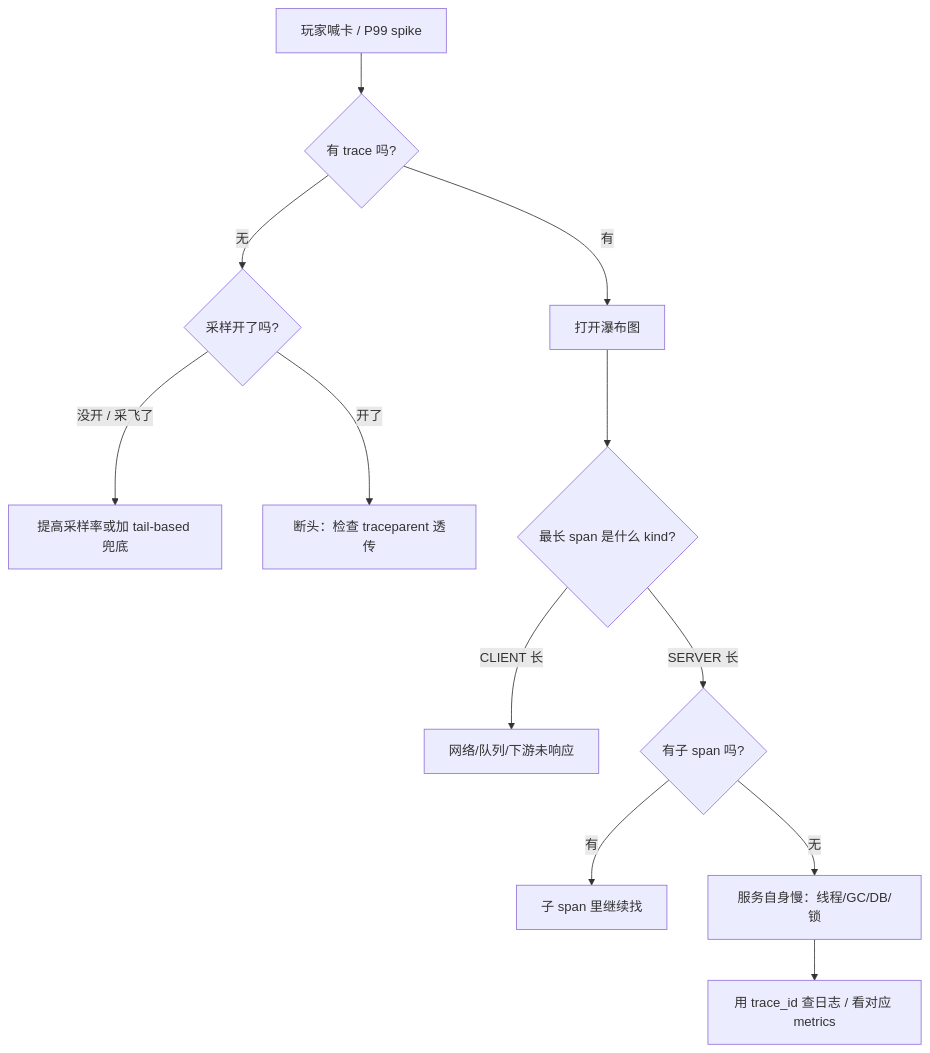
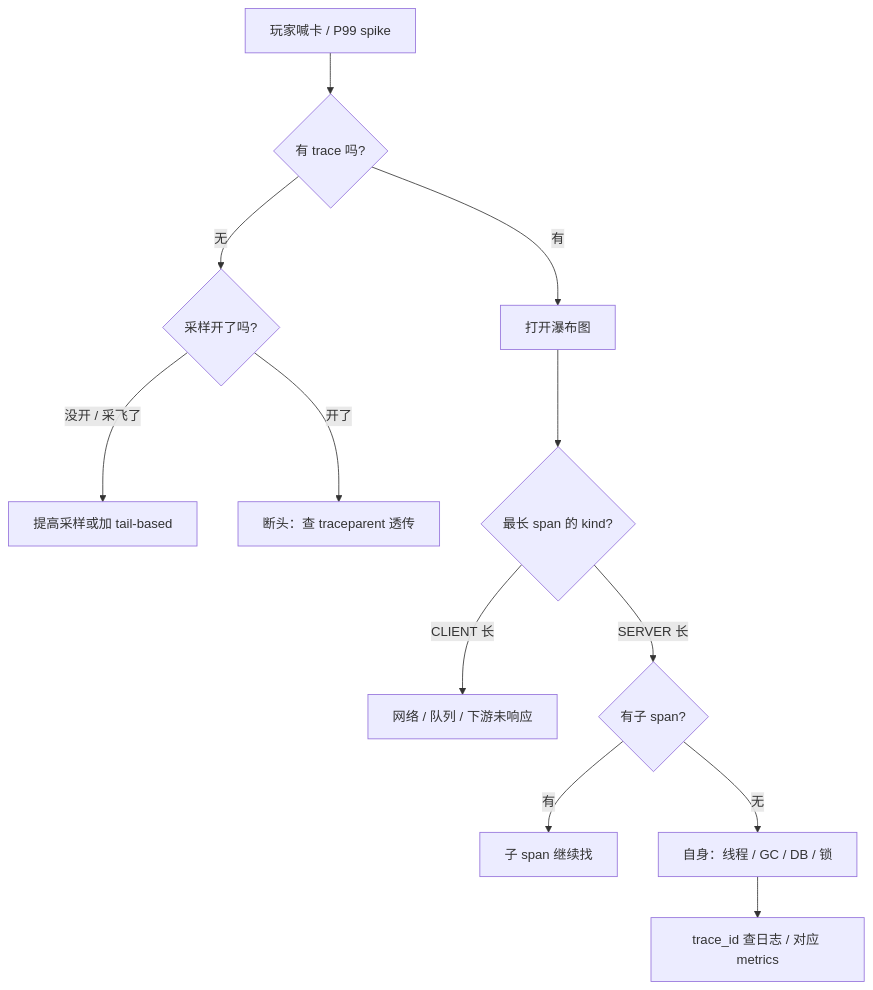
Before and after one commit to ml-cuizijun/LearnToLilith: the sixth of 6 diagrams in 09-可观测性与SRE方法论/05-链路追踪与OpenTelemetry/知识点.md, drawn with Mermaid. The commit also changed other lines of this file and 178 other files, not shown here.

````diff
--- a/09-可观测性与SRE方法论/05-链路追踪与OpenTelemetry/知识点.md
+++ b/09-可观测性与SRE方法论/05-链路追踪与OpenTelemetry/知识点.md
@@ -466,14 +374,14 @@
 ```mermaid
 flowchart TB
-    A[玩家喊卡 / P99  spike] --> B{有 trace 吗?}
+    A[玩家喊卡 / P99 spike] --> B{有 trace 吗?}
     B -->|无| C{采样开了吗?}
-    C -->|没开 / 采飞了| D["提高采样率或加 tail-based 兜底"]
-    C -->|开了| E["断头：检查 traceparent 透传"]
+    C -->|没开 / 采飞了| D[提高采样或加 tail-based]
+    C -->|开了| E[断头：查 traceparent 透传]
     B -->|有| F[打开瀑布图]
-    F --> G{最长 span 是什么 kind?}
-    G -->|CLIENT 长| H["网络/队列/下游未响应"]
-    G -->|SERVER 长| I{"有子 span 吗?"}
-    I -->|有| J["子 span 里继续找"]
-    I -->|无| K["服务自身慢：线程/GC/DB/锁"]
-    K --> L[用 trace_id 查日志 / 看对应 metrics]
+    F --> G{最长 span 的 kind?}
+    G -->|CLIENT 长| H[网络 / 队列 / 下游未响应]
+    G -->|SERVER 长| I{有子 span?}
+    I -->|有| J[子 span 继续找]
+    I -->|无| K[自身：线程 / GC / DB / 锁]
+    K --> L[trace_id 查日志 / 对应 metrics]
 ```
````
